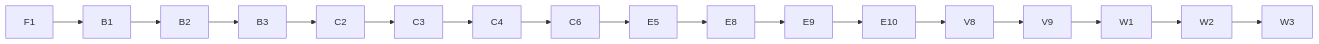
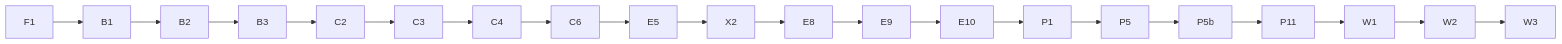
Before and after one commit to AhmedNazihX/Klar: the diagram in docs/BACKLOG.md, drawn with Mermaid. The commit also changed other lines of this file and 11 other files, not shown here.

````diff
--- a/docs/BACKLOG.md
+++ b/docs/BACKLOG.md
@@ -39,4 +42,4 @@
 ```mermaid
 flowchart LR
-  F1 --> B1 --> B2 --> B3 --> C2 --> C3 --> C4 --> C6 --> E5 --> E8 --> E9 --> E10 --> V8 --> V9 --> W1 --> W2 --> W3
+  F1 --> B1 --> B2 --> B3 --> C2 --> C3 --> C4 --> C6 --> E5 --> X2 --> E8 --> E9 --> E10 --> P1 --> P5 --> P5b --> P11 --> W1 --> W2 --> W3
 ```
````
